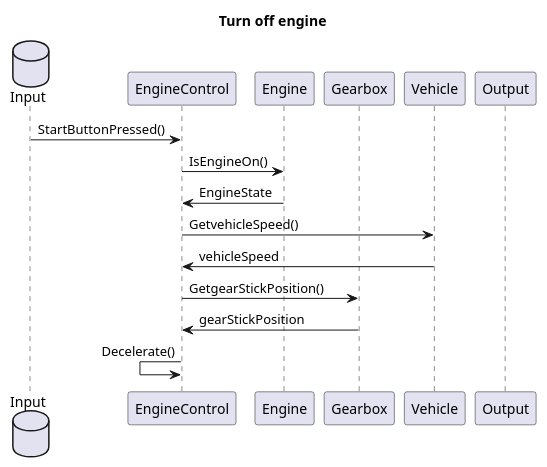
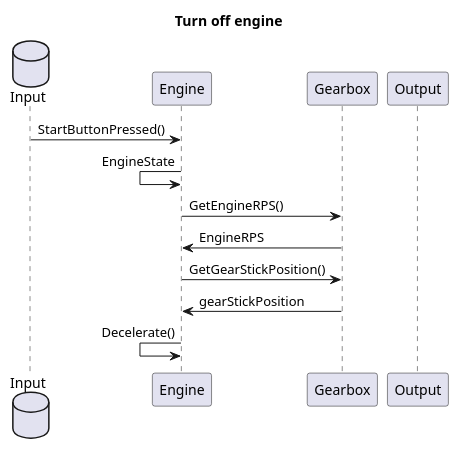
The diagram in Docs/src/sequence_turn_off_engine.wsd (SubspaceBob/bootcamp_project), drawn with PlantUML before and after one commit. The commit also changed 7 other files, not shown here.

```diff
--- a/Docs/src/sequence_turn_off_engine.wsd
+++ b/Docs/src/sequence_turn_off_engine.wsd
@@ -1,17 +1,14 @@
 @startuml
 title Turn off engine
 database Input
-participant EngineControl
 participant Engine
 participant Gearbox
-participant Vehicle
 participant Output
-Input -> EngineControl : StartButtonPressed()
-EngineControl -> Engine : IsEngineOn()
-EngineControl <- Engine : EngineState
-EngineControl -> Vehicle : GetvehicleSpeed()
-EngineControl <- Vehicle : vehicleSpeed
-EngineControl -> Gearbox : GetgearStickPosition()
-EngineControl <- Gearbox : gearStickPosition
-EngineControl <- EngineControl : Decelerate()
+Input -> Engine : StartButtonPressed()
+Engine <- Engine : EngineState
+Engine -> Gearbox : GetEngineRPS()
+Engine <- Gearbox : EngineRPS
+Engine -> Gearbox : GetGearStickPosition()
+Engine <- Gearbox : gearStickPosition
+Engine <- Engine : Decelerate()
 @enduml
```
